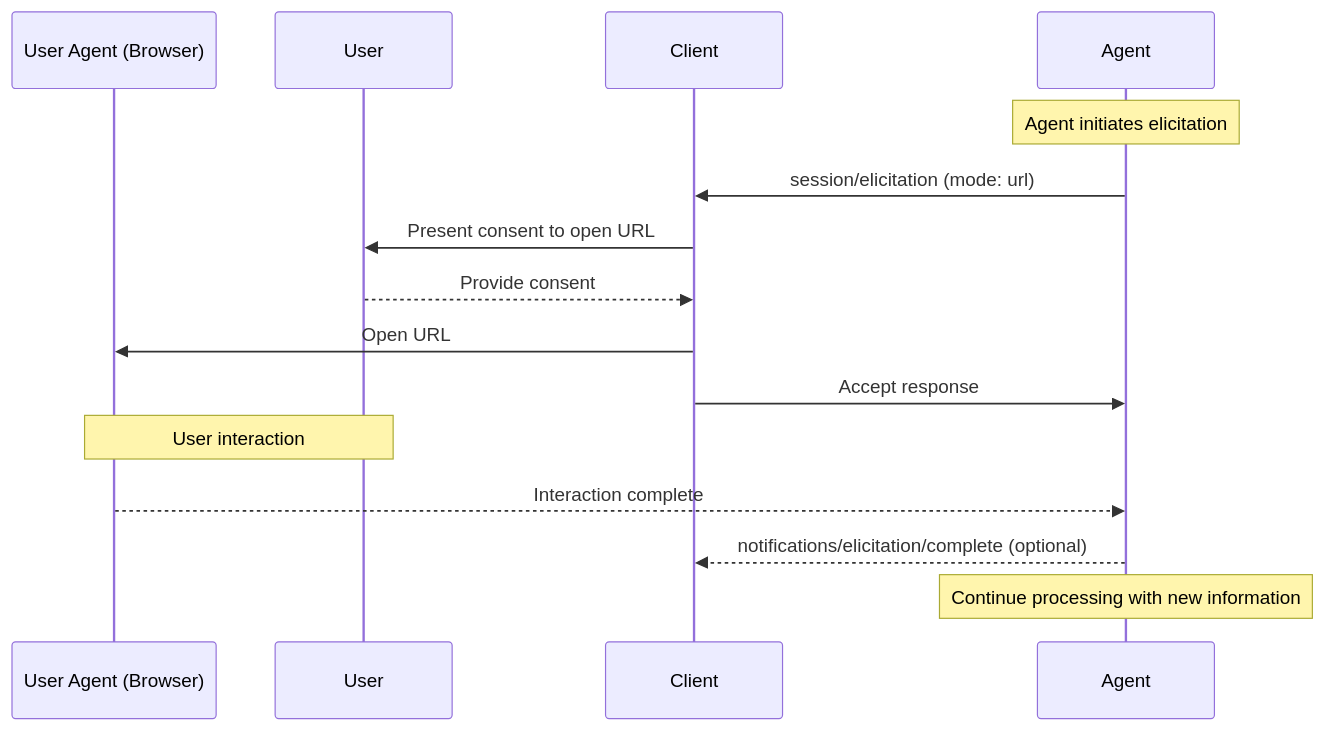
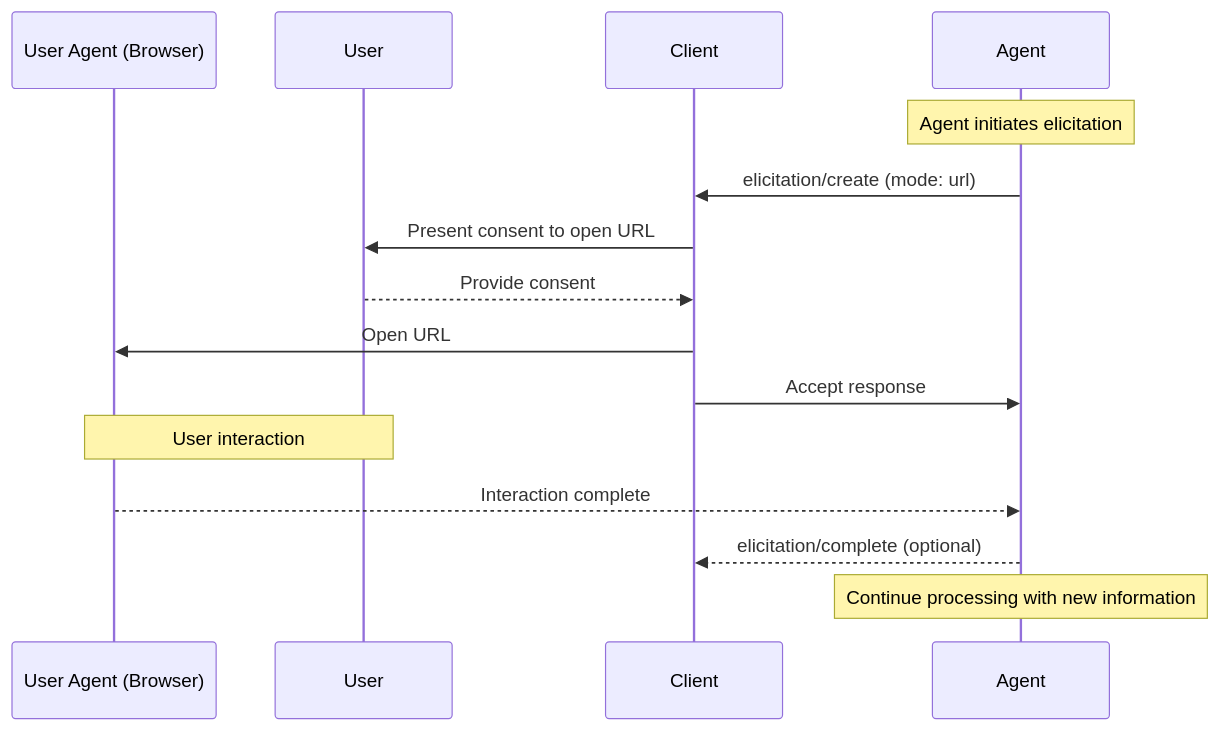
The second of 3 diagrams in docs/rfds/elicitation.mdx (agentclientprotocol/agent-client-protocol), drawn with Mermaid before and after one commit. The commit also changed other lines of this file and 7 other files, not shown here.

Commit message:
update elicitation mechanism to allow for elicitations outside of the session scope

````diff
--- a/docs/rfds/elicitation.mdx
+++ b/docs/rfds/elicitation.mdx
@@ -476,22 +478,22 @@
 ```mermaid
 sequenceDiagram
     participant UserAgent as User Agent (Browser)
     participant User
     participant Client
     participant Agent
 
     Note over Agent: Agent initiates elicitation
-    Agent->>Client: session/elicitation (mode: url)
+    Agent->>Client: elicitation/create (mode: url)
 
     Client->>User: Present consent to open URL
     User-->>Client: Provide consent
 
     Client->>UserAgent: Open URL
     Client->>Agent: Accept response
 
     Note over User,UserAgent: User interaction
     UserAgent-->>Agent: Interaction complete
-    Agent-->>Client: notifications/elicitation/complete (optional)
+    Agent-->>Client: elicitation/complete (optional)
 
     Note over Agent: Continue processing with new information
 ```
````
